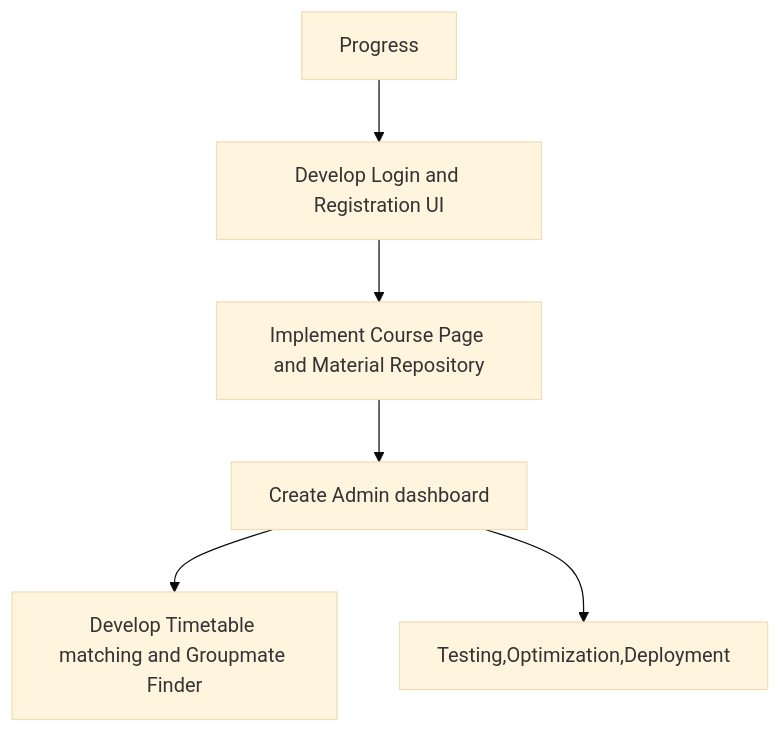
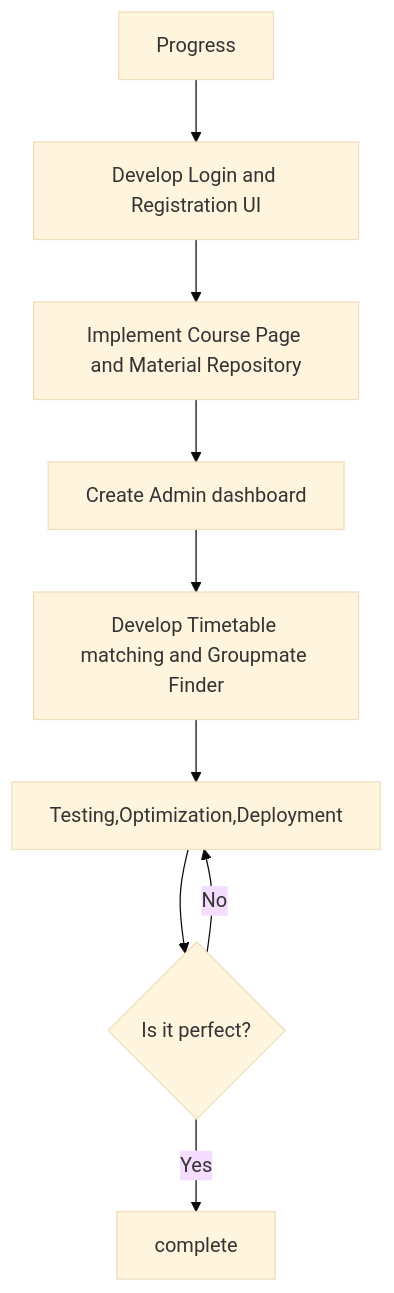
One commit to MyFGitAccount/MARKDOWN_KK changed the third of 3 diagrams in markdown/project-architecture.md. Above: the diagram before and after it, drawn with Mermaid (base theme).

````diff
--- a/markdown/project-architecture.md
+++ b/markdown/project-architecture.md
@@ -22,8 +22,12 @@
 ```mermaid
 flowchart TD
     Progress[Progress]-->Dev[Develop Login and Registration UI]
     Dev-->course[Implement Course Page and Material Repository]
     course-->dashb[Create Admin dashboard]
     dashb-->timetable[Develop Timetable matching and Groupmate Finder]
-    dashb-->finish[Testing,Optimization,Deployment]
+    timetable-->finish[Testing,Optimization,Deployment]
+    testResult{Is it perfect?}
+    finish-->testResult
+    testResult-->|Yes| complete[complete]
+    testResult-->|No| finish
 ```
````
